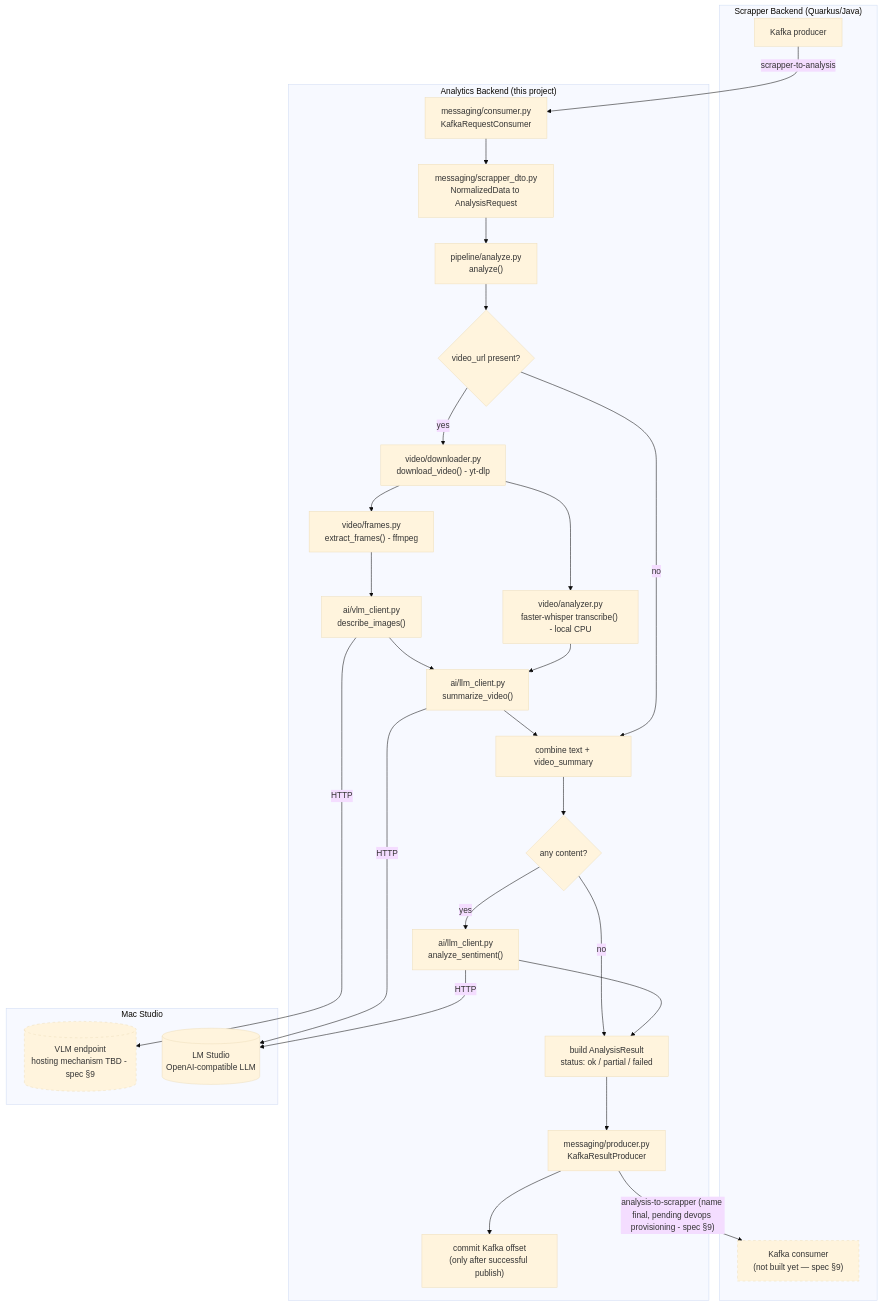
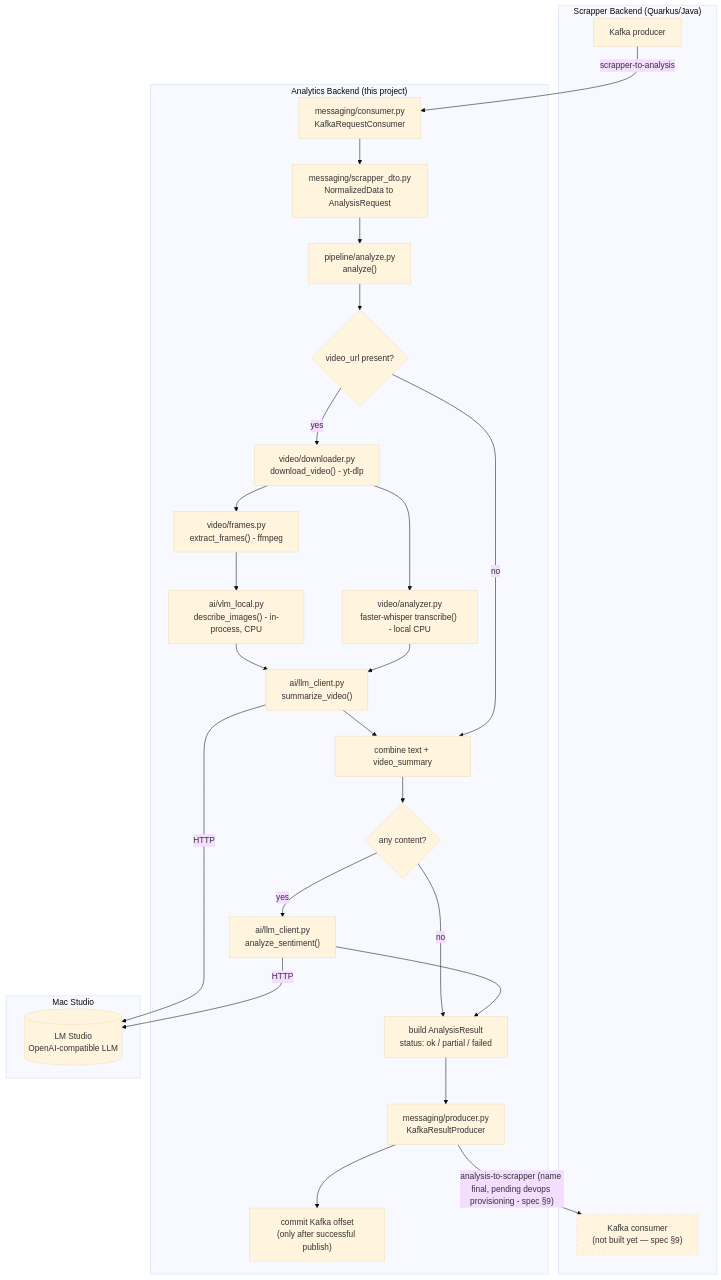
Before and after one commit to ekisparemail-ctrl/analyzer-sentiment: the diagram in docs/superpowers/specs/2026-09-14-analytics-backend-design.md, drawn with Mermaid (base theme). The commit also changed other lines of this file and 17 other files, not shown here.

````diff
--- a/docs/superpowers/specs/2026-09-14-analytics-backend-design.md
+++ b/docs/superpowers/specs/2026-09-14-analytics-backend-design.md
@@ -195,56 +212,53 @@
 ```mermaid
 flowchart TD
     subgraph SB["Scrapper Backend (Quarkus/Java)"]
         SBOut["Kafka producer"]
         SBIn["Kafka consumer<br/>(not built yet — spec §9)"]
     end
 
     subgraph AB["Analytics Backend (this project)"]
         Consumer["messaging/consumer.py<br/>KafkaRequestConsumer"]
         Translate["messaging/scrapper_dto.py<br/>NormalizedData to AnalysisRequest"]
         Pipeline["pipeline/analyze.py<br/>analyze()"]
         HasVideo{"video_url present?"}
         Download["video/downloader.py<br/>download_video() - yt-dlp"]
         Frames["video/frames.py<br/>extract_frames() - ffmpeg"]
-        VlmCall["ai/vlm_client.py<br/>describe_images()"]
+        VlmCall["ai/vlm_local.py<br/>describe_images() - in-process, CPU"]
         Transcribe["video/analyzer.py<br/>faster-whisper transcribe() - local CPU"]
         SummarizeVideo["ai/llm_client.py<br/>summarize_video()"]
         Combine["combine text + video_summary"]
         HasContent{"any content?"}
         Sentiment["ai/llm_client.py<br/>analyze_sentiment()"]
         BuildResult["build AnalysisResult<br/>status: ok / partial / failed"]
         Producer["messaging/producer.py<br/>KafkaResultProducer"]
         Commit["commit Kafka offset<br/>(only after successful publish)"]
     end
 
     subgraph MS["Mac Studio"]
-        VLM[("VLM endpoint<br/>hosting mechanism TBD - spec §9")]
         LLM[("LM Studio<br/>OpenAI-compatible LLM")]
     end
 
     SBOut -->|"scrapper-to-analysis"| Consumer
     Consumer --> Translate
     Translate --> Pipeline
     Pipeline --> HasVideo
     HasVideo -->|"yes"| Download
     Download --> Frames
     Frames --> VlmCall
-    VlmCall -->|"HTTP"| VLM
     Download --> Transcribe
     VlmCall --> SummarizeVideo
     Transcribe --> SummarizeVideo
     SummarizeVideo -->|"HTTP"| LLM
     SummarizeVideo --> Combine
     HasVideo -->|"no"| Combine
     Combine --> HasContent
     HasContent -->|"no"| BuildResult
     HasContent -->|"yes"| Sentiment
     Sentiment -->|"HTTP"| LLM
     Sentiment --> BuildResult
     BuildResult --> Producer
     Producer -->|"analysis-to-scrapper (name final, pending devops provisioning - spec §9)"| SBIn
     Producer --> Commit
 
     style SBIn stroke-dasharray: 5 5
-    style VLM stroke-dasharray: 5 5
 ```
````
